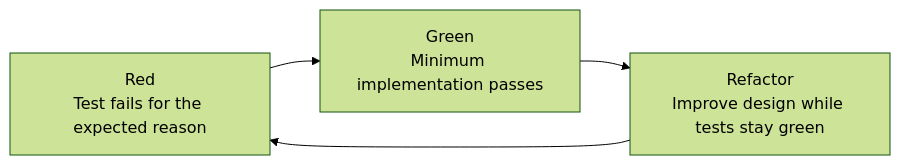
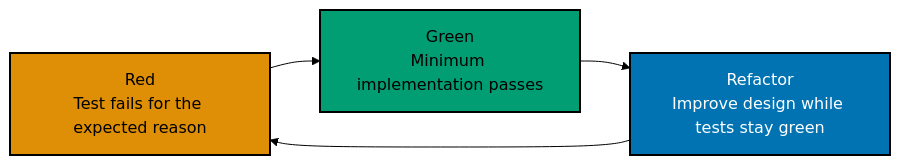
One commit to wahidyankf/beaver-nest changed the diagram in repo-governance/workflows/red-green-refactor.md. Above: the diagram before and after it, drawn with Mermaid (forest theme). The commit also changed 10 other files, not shown here.

Commit message:
feat(governance): enforce Mermaid accessibility

````diff
--- a/repo-governance/workflows/red-green-refactor.md
+++ b/repo-governance/workflows/red-green-refactor.md
@@ -12,6 +12,14 @@
 ```mermaid
+%% Accessible palette: orange #DE8F05, teal #029E73, blue #0173B2
 flowchart LR
     Red["Red<br/>Test fails for the expected reason"] --> Green["Green<br/>Minimum implementation passes"]
     Green --> Refactor["Refactor<br/>Improve design while tests stay green"]
     Refactor --> Red
+
+    classDef redPhase fill:#DE8F05,stroke:#000000,color:#000000,stroke-width:2px
+    classDef greenPhase fill:#029E73,stroke:#000000,color:#000000,stroke-width:2px
+    classDef refactorPhase fill:#0173B2,stroke:#000000,color:#FFFFFF,stroke-width:2px
+    class Red redPhase
+    class Green greenPhase
+    class Refactor refactorPhase
 ```
````
